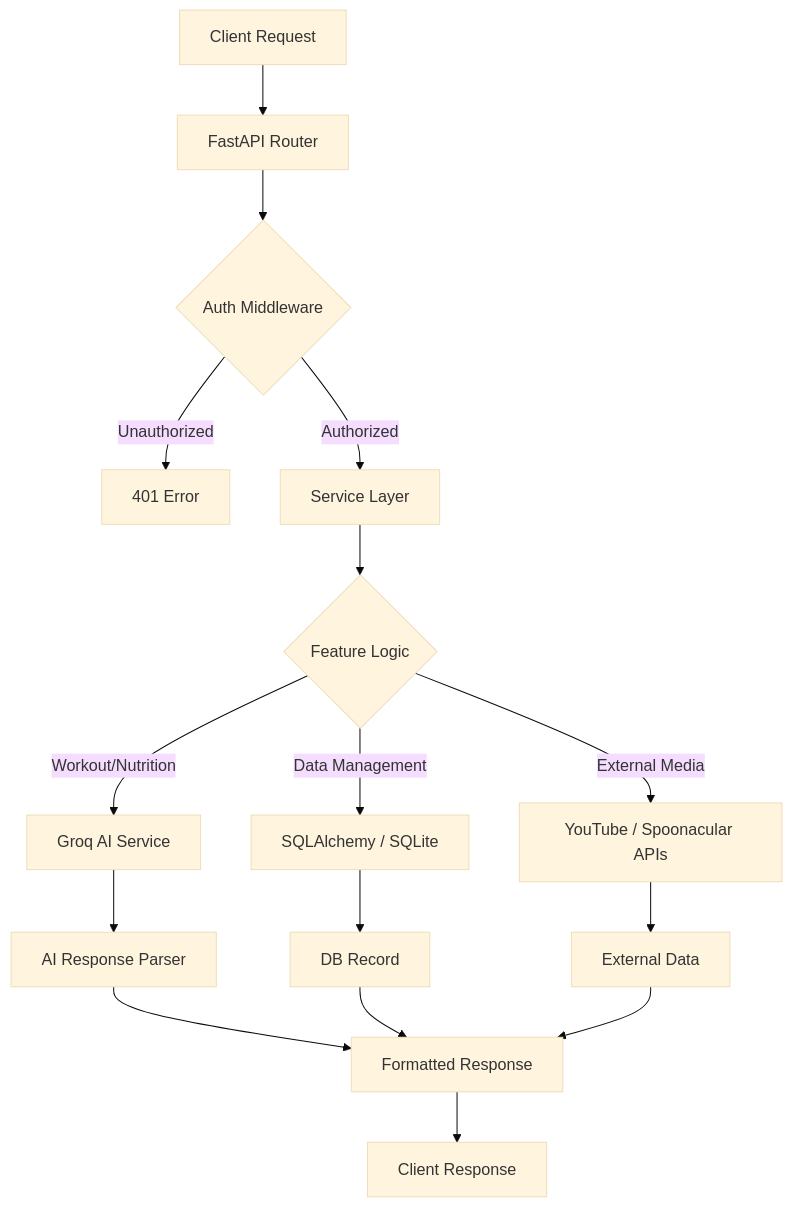
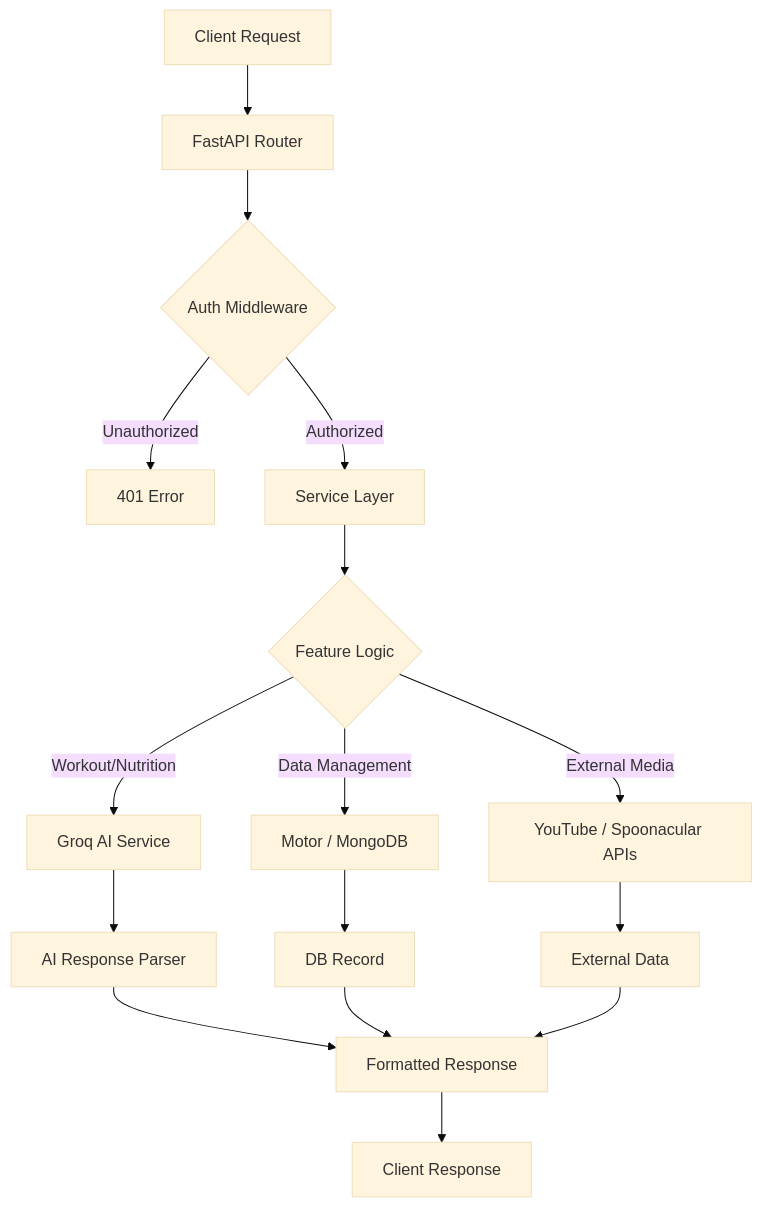
One commit to shahrozebaig/ArogyaMitra changed the second of 5 diagrams in Structure.md. Above: the diagram before and after it, drawn with Mermaid (base theme). The commit also changed other lines of this file and 8 other files, not shown here.

````diff
--- a/Structure.md
+++ b/Structure.md
@@ -22,24 +22,24 @@
 ```mermaid
 graph TD
     A[Client Request] --> B[FastAPI Router]
     B --> C{Auth Middleware}
     C -->|Unauthorized| D[401 Error]
     C -->|Authorized| E[Service Layer]
     
     E --> F{Feature Logic}
     
     F -->|Workout/Nutrition| G[Groq AI Service]
-    F -->|Data Management| H[SQLAlchemy / SQLite]
+    F -->|Data Management| H[Motor / MongoDB]
     F -->|External Media| I[YouTube / Spoonacular APIs]
     
     G --> J[AI Response Parser]
     J --> K[Formatted Response]
     
     H --> L[DB Record]
     L --> K
     
     I --> M[External Data]
     M --> K
     
     K --> N[Client Response]
 ```
````
